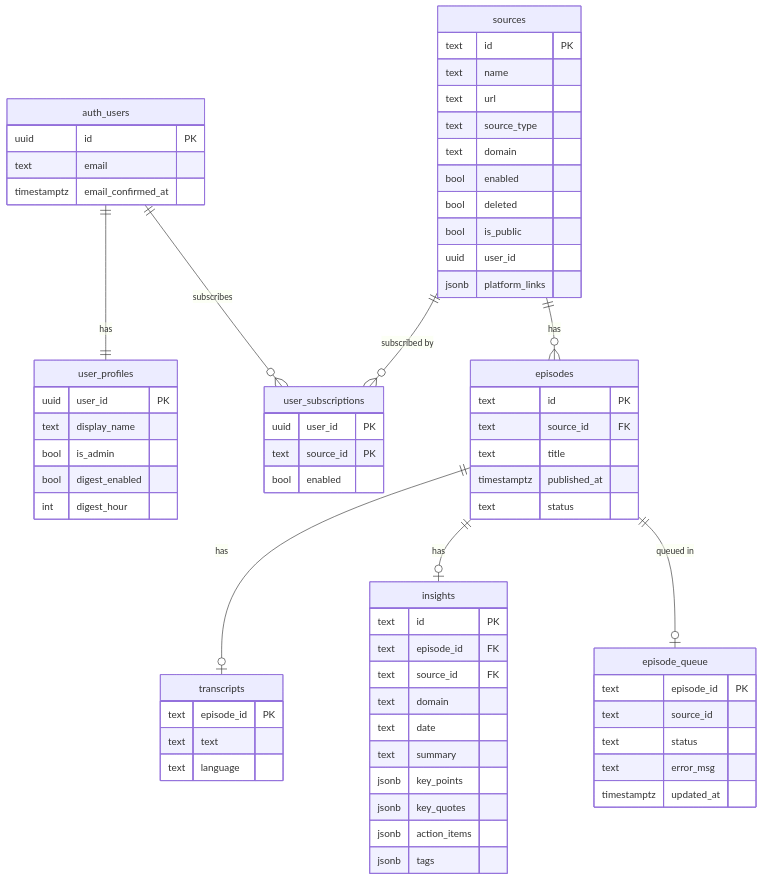
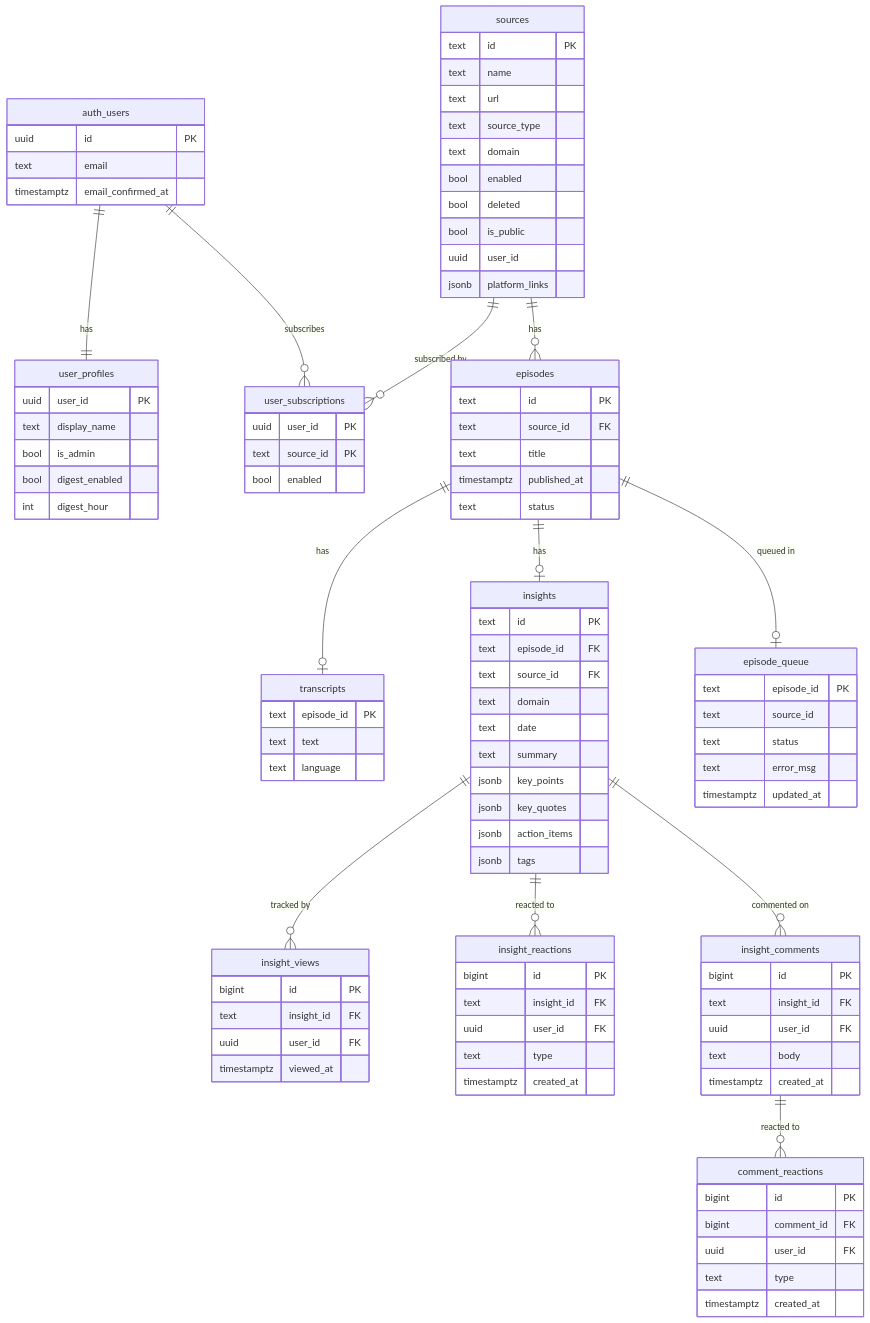
One commit to vtghub/PodcastsSummarizer changed the second of 2 diagrams in docs/architecture.md. Above: the diagram before and after it, drawn with Mermaid. The commit also changed other lines of this file and 2 other files, not shown here.

Commit message:
docs: update architecture and workflow diagrams post-PR #112
- README: add 005_engagement.sql to migration list; add 5 new API routes
  (insights/[id]/view, react, comments; comments/[id] and /react);
  add Engagement row to Dashboard Features table
- architecture.md: add insight_views, insight_reactions, insight_comments,
  comment_reactions nodes to graph and erDiagram; wire engagement API routes
- request-workflow.md: add diagram 14 — Insight Card Engagement covering
  view tracking, like/dislike toggle, share dropdown, comments CRUD,
  and comment reactions

````diff
--- a/docs/architecture.md
+++ b/docs/architecture.md
@@ -183,6 +192,33 @@
         text error_msg
         timestamptz updated_at
     }
+    insight_views {
+        bigint id PK
+        text insight_id FK
+        uuid user_id FK
+        timestamptz viewed_at
+    }
+    insight_reactions {
+        bigint id PK
+        text insight_id FK
+        uuid user_id FK
+        text type
+        timestamptz created_at
+    }
+    insight_comments {
+        bigint id PK
+        text insight_id FK
+        uuid user_id FK
+        text body
+        timestamptz created_at
+    }
+    comment_reactions {
+        bigint id PK
+        bigint comment_id FK
+        uuid user_id FK
+        text type
+        timestamptz created_at
+    }
 
     auth_users ||--|| user_profiles : "has"
     auth_users ||--o{ user_subscriptions : "subscribes"
@@ -191,4 +227,8 @@
     episodes ||--o| transcripts : "has"
     episodes ||--o| insights : "has"
     episodes ||--o| episode_queue : "queued in"
+    insights ||--o{ insight_views : "tracked by"
+    insights ||--o{ insight_reactions : "reacted to"
+    insights ||--o{ insight_comments : "commented on"
+    insight_comments ||--o{ comment_reactions : "reacted to"
 ```
````
